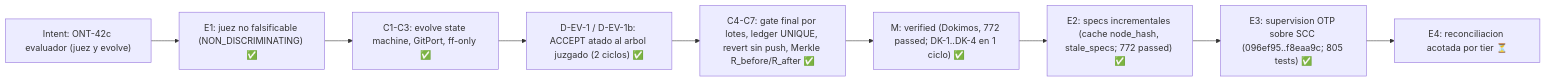
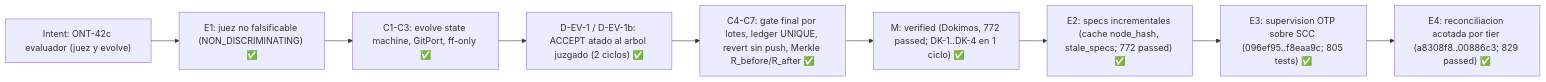
Diagram 21 of 26 in README.md (ancrz/agent-execution-plane), drawn with Mermaid before and after one commit. The commit also changed other lines of this file and 5 other files, not shown here.

````diff
--- a/README.md
+++ b/README.md
@@ -1117,11 +1117,11 @@
 ```mermaid
 flowchart LR
     I["Intent: ONT-42c evaluador (juez y evolve)"] --> E1["E1: juez no falsificable (NON_DISCRIMINATING) ✅"]
     E1 --> C13["C1-C3: evolve state machine, GitPort, ff-only ✅"]
     C13 --> D["D-EV-1 / D-EV-1b: ACCEPT atado al arbol juzgado (2 ciclos) ✅"]
     D --> C47["C4-C7: gate final por lotes, ledger UNIQUE, revert sin push, Merkle R_before/R_after ✅"]
     C47 --> V["M: verified (Dokimos, 772 passed; DK-1..DK-4 en 1 ciclo) ✅"]
     V --> E2["E2: specs incrementales (cache node_hash, stale_specs; 772 passed) ✅"]
     E2 --> E3["E3: supervision OTP sobre SCC (096ef95..f8eaa9c; 805 tests) ✅"]
-    E3 --> E4["E4: reconciliacion acotada por tier ⏳"]
+    E3 --> E4["E4: reconciliacion acotada por tier (a8308f8..00886c3; 829 passed) ✅"]
 ```
````
